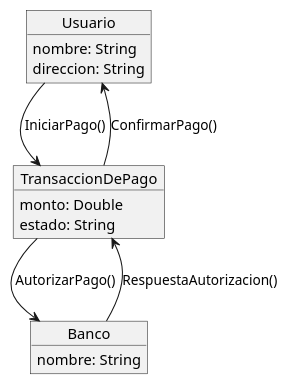
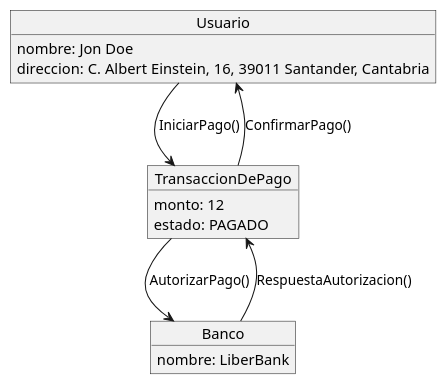
One commit to pablarce/23-24-IdSw1-SDR changed the diagram in CasosDeUso/Procesos/CduPagar/DiagramaDeObjetos.puml. Above: the diagram before and after it, drawn with PlantUML. The commit also changed 1 other file, not shown here.

Commit message:
Corrección CDU-pagar-Diagrama de Objetos
Se realizaron cambios para la mejora del diagrama

```diff
--- a/CasosDeUso/Procesos/CduPagar/DiagramaDeObjetos.puml
+++ b/CasosDeUso/Procesos/CduPagar/DiagramaDeObjetos.puml
@@ -1,20 +1,20 @@
 @startuml Pagar
 object Usuario {
-  nombre: String
-  direccion: String
+  nombre: Jon Doe
+  direccion: C. Albert Einstein, 16, 39011 Santander, Cantabria
 }
 
 object TransaccionDePago {
-  monto: Double
-  estado: String
+  monto: 12
+  estado: PAGADO
 }
 
 object Banco {
-  nombre: String
+  nombre: LiberBank
 }
 
 Usuario --> TransaccionDePago : IniciarPago()
 TransaccionDePago --> Banco : AutorizarPago()
 Banco --> TransaccionDePago : RespuestaAutorizacion()
 TransaccionDePago --> Usuario : ConfirmarPago()
 @enduml
```
